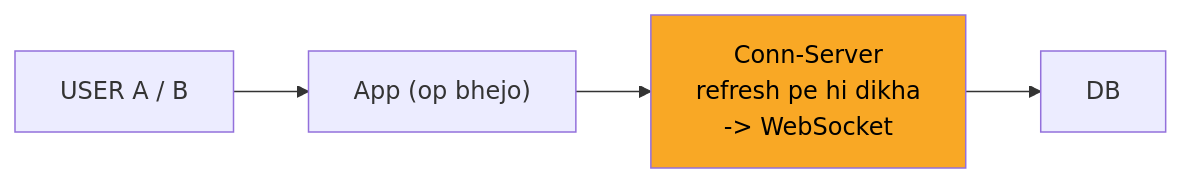
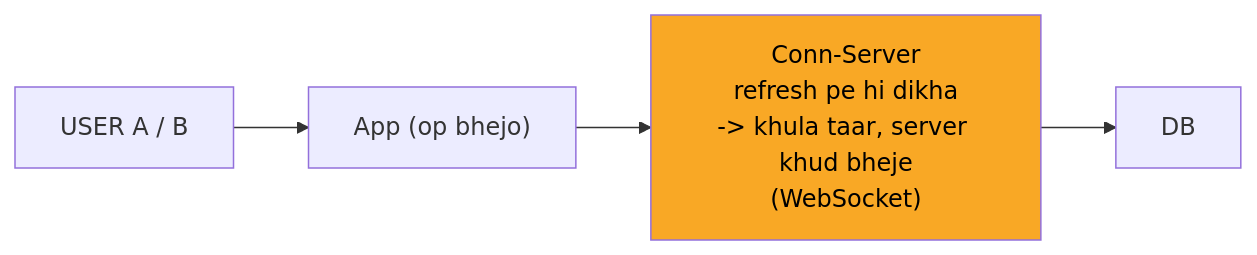
Before and after one commit to ArpanMaheshwari144/Prep: the third of 10 diagrams in 04_HLD/SYSTEM_DESIGNS/11_google_docs_collab/11_google_docs_collab.md, drawn with Mermaid. The commit also changed other lines of this file and 13 other files, not shown here.

````diff
--- a/04_HLD/SYSTEM_DESIGNS/11_google_docs_collab/11_google_docs_collab.md
+++ b/04_HLD/SYSTEM_DESIGNS/11_google_docs_collab/11_google_docs_collab.md
@@ -102,11 +102,11 @@
 ```mermaid
 flowchart LR
     n_USER["USER A / B"]
     n_App["App (op bhejo)"]
-    n_CS["Conn-Server<br/>refresh pe hi dikha<br/>-> WebSocket"]
+    n_CS["Conn-Server<br/>refresh pe hi dikha<br/>-> khula taar, server khud bheje<br/>(WebSocket)"]
     n_DB["DB"]
     n_USER --> n_App
     n_App --> n_CS
     n_CS --> n_DB
     style n_CS fill:#f9a825,color:#000
 ```
````
